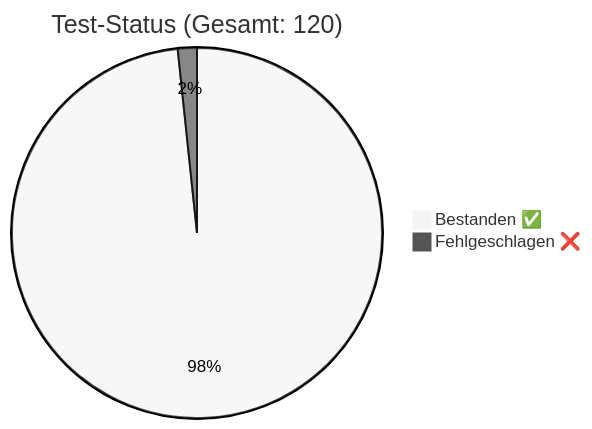
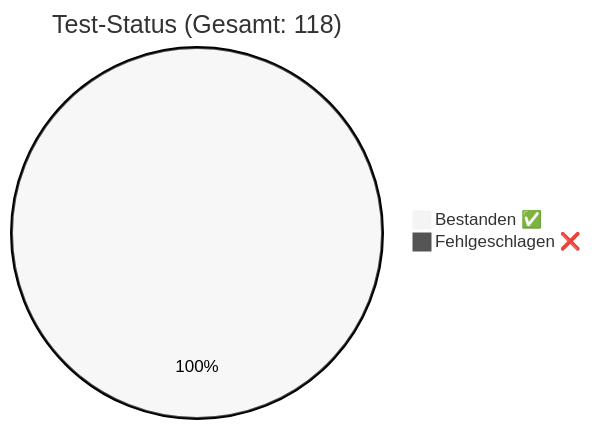
Before and after one commit to rorila/GCS: the diagram in docs/QA_Report.md, drawn with Mermaid (neutral theme). The commit also changed other lines of this file and 29 other files, not shown here.

Commit message:
Fix: Flow Editor Dropdown Stage-Switch & Inspector Task-Zuweisung

````diff
--- a/docs/QA_Report.md
+++ b/docs/QA_Report.md
@@ -7,5 +7,5 @@
 ```mermaid
-pie title Test-Status (Gesamt: 120)
+pie title Test-Status (Gesamt: 118)
     "Bestanden ✅" : 118
-    "Fehlgeschlagen ❌" : 2
+    "Fehlgeschlagen ❌" : 0
 ```
````
